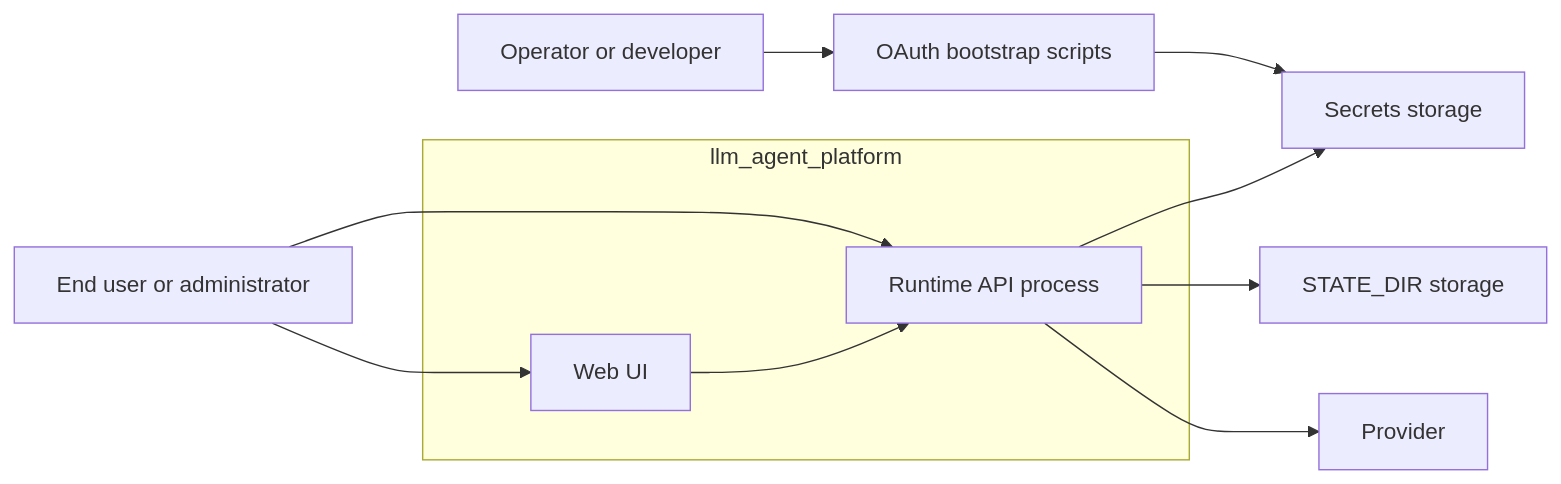
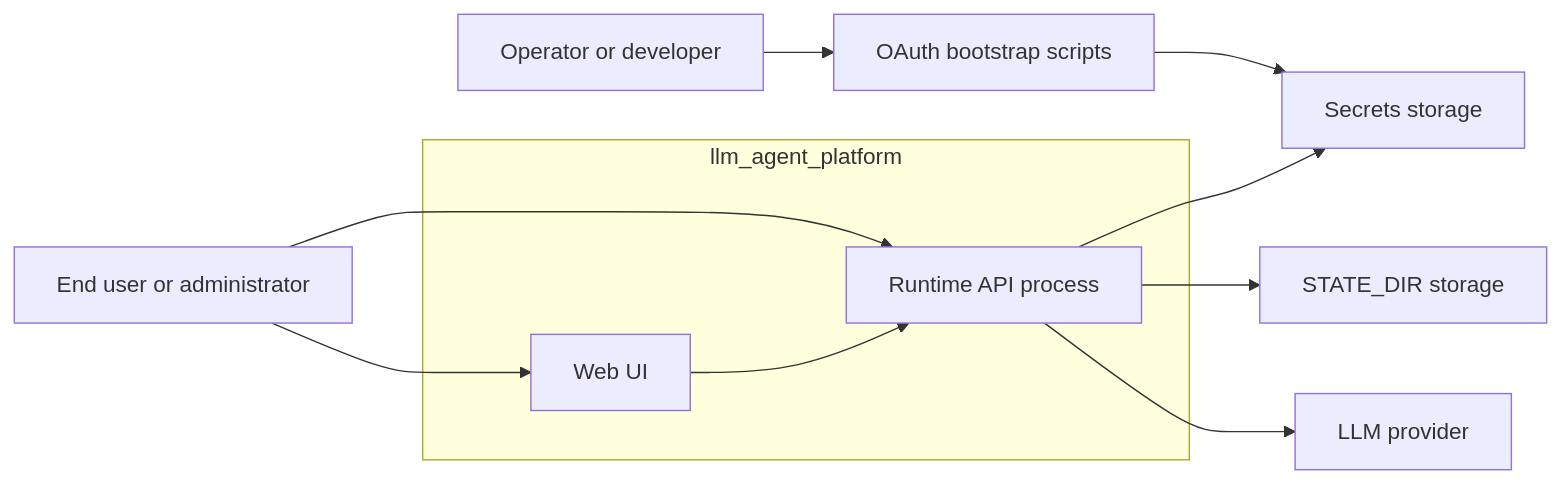
Before and after one commit to cyber-platform/llm_agent_platform: the diagram in docs/architecture/container-view.md, drawn with Mermaid. The commit also changed other lines of this file and 22 other files, not shown here.

````diff
--- a/docs/architecture/container-view.md
+++ b/docs/architecture/container-view.md
@@ -21,15 +21,15 @@
 ```mermaid
 flowchart LR
   Client[End user or administrator] --> WebUI
   BootstrapUser[Operator or developer] --> Bootstrap[OAuth bootstrap scripts]
   subgraph Platform[llm_agent_platform]
     Runtime[Runtime API process]
     WebUI[Web UI]
   end
   Client --> Runtime
   WebUI --> Runtime
   Bootstrap --> Secrets[Secrets storage]
   Runtime --> Secrets
   Runtime --> State[STATE_DIR storage]
-  Runtime --> Provider[Provider]
+  Runtime --> Provider[LLM provider]
 ```
````
